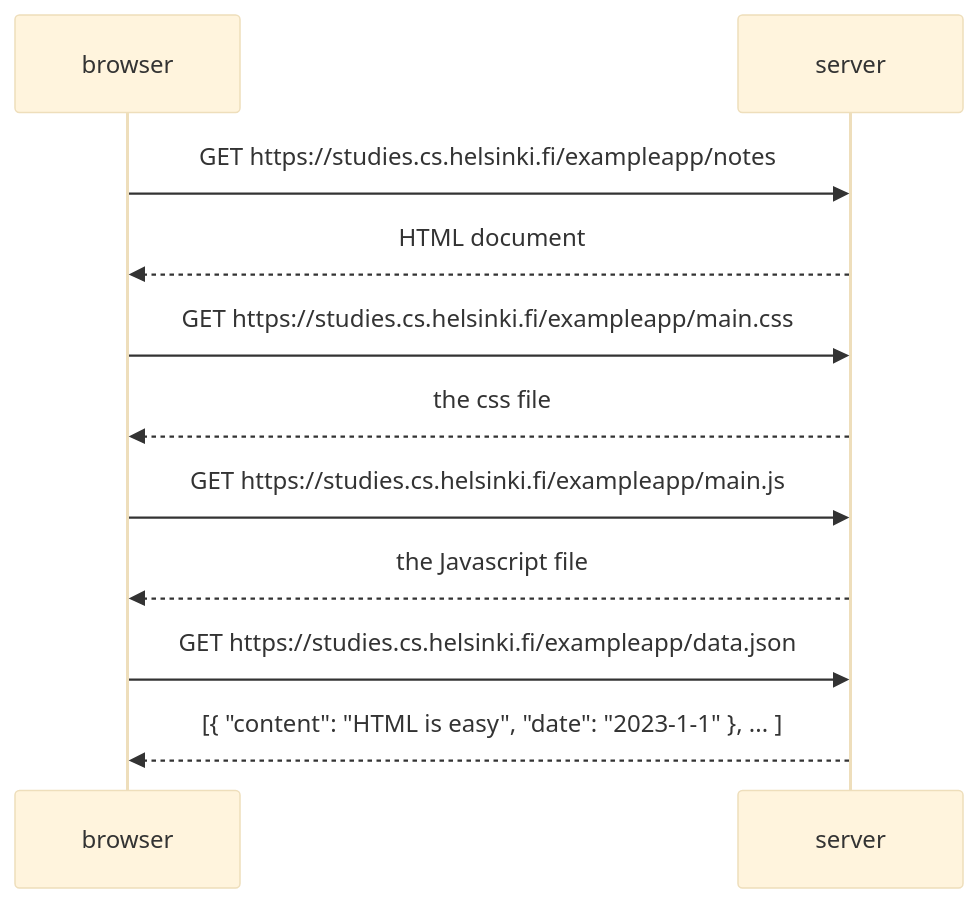
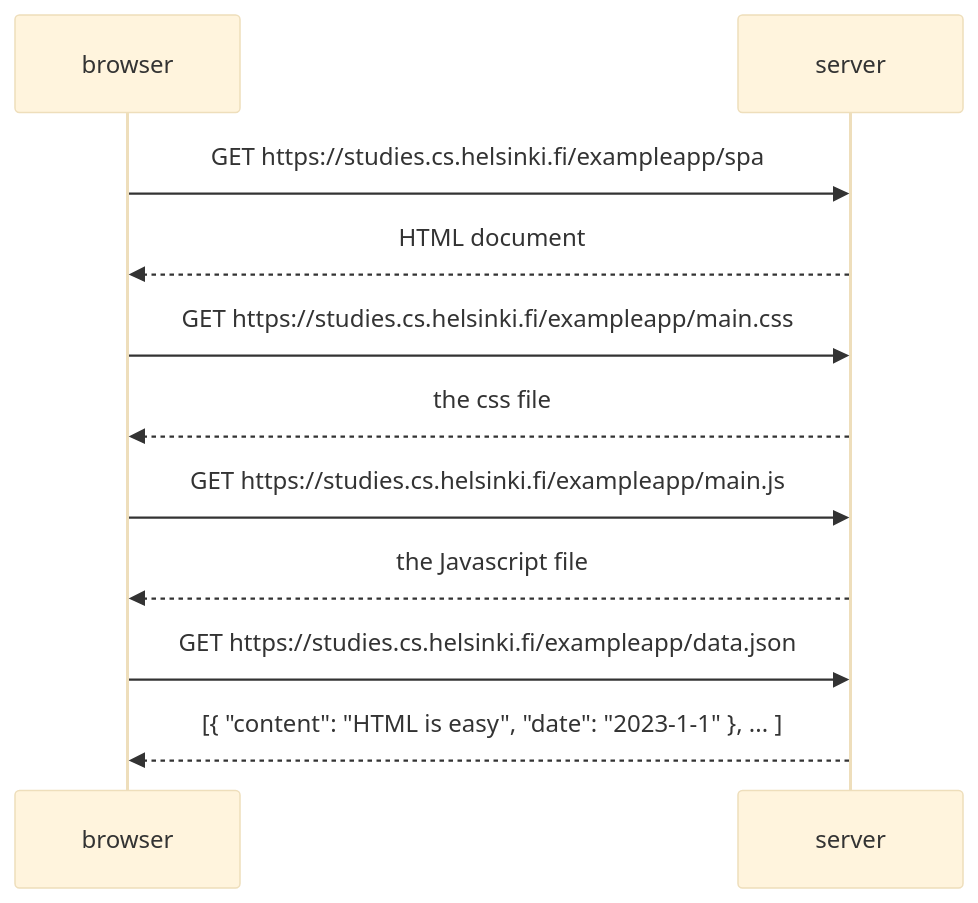
One commit to oytundd/fullstackopen changed the diagram in Single-Page-App-Diagram.md. Above: the diagram before and after it, drawn with Mermaid (base theme).

````diff
--- a/Single-Page-App-Diagram.md
+++ b/Single-Page-App-Diagram.md
@@ -1,13 +1,13 @@
 ```mermaid
   sequenceDiagram
       participant browser
       participant server
-      browser->>server: GET https://studies.cs.helsinki.fi/exampleapp/notes
+      browser->>server: GET https://studies.cs.helsinki.fi/exampleapp/spa
       server-->>browser: HTML document
       browser->>server: GET https://studies.cs.helsinki.fi/exampleapp/main.css
       server-->>browser: the css file
       browser->>server: GET https://studies.cs.helsinki.fi/exampleapp/main.js
       server-->>browser: the Javascript file
       browser->>server: GET https://studies.cs.helsinki.fi/exampleapp/data.json
       server-->>browser: [{ "content": "HTML is easy", "date": "2023-1-1" }, ... ]
 ```
````
